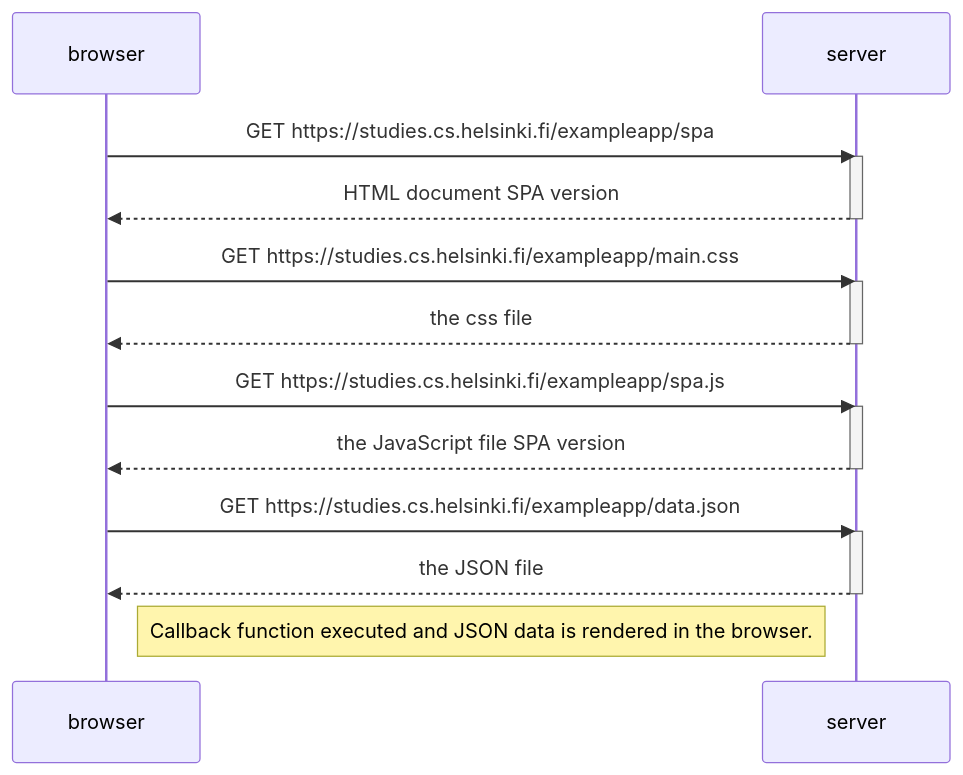
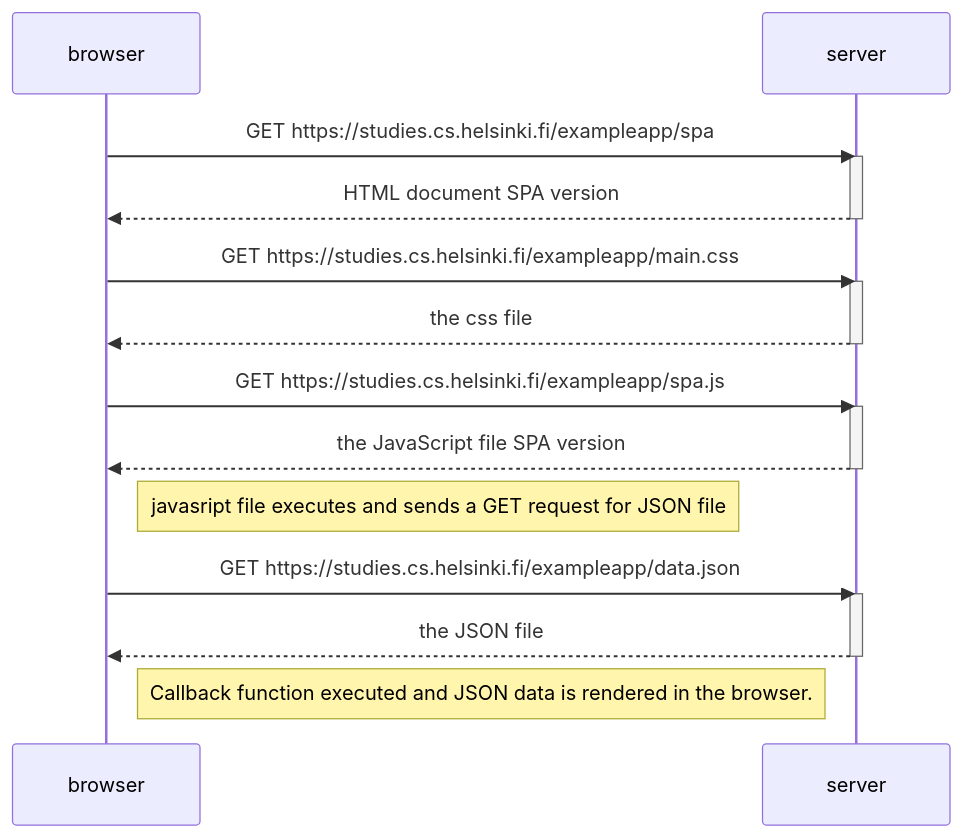
Before and after one commit to bnfcj/fullStackOpen: the diagram in part-0/0.5.md, drawn with Mermaid.

````diff
--- a/part-0/0.5.md
+++ b/part-0/0.5.md
@@ -1,31 +1,33 @@
 ```mermaid
     sequenceDiagram
     participant browser
     participant server
 
     browser->>server: GET https://studies.cs.helsinki.fi/exampleapp/spa
     activate server
     server-->>browser: HTML document SPA version
     deactivate server
 
     browser->>server: GET https://studies.cs.helsinki.fi/exampleapp/main.css
     activate server
     server-->>browser: the css file
     deactivate server
 
     browser->>server: GET https://studies.cs.helsinki.fi/exampleapp/spa.js
     activate server
     server-->>browser: the JavaScript file SPA version
     deactivate server
 
+    Note right of browser: javasript file executes and sends a GET request for JSON file
+
     browser->>server: GET https://studies.cs.helsinki.fi/exampleapp/data.json
     activate server
     server-->>browser: the JSON file
     deactivate server
 
     Note right of browser: Callback function executed and JSON data is rendered in the browser.
 
 
 
 
 ```
````
